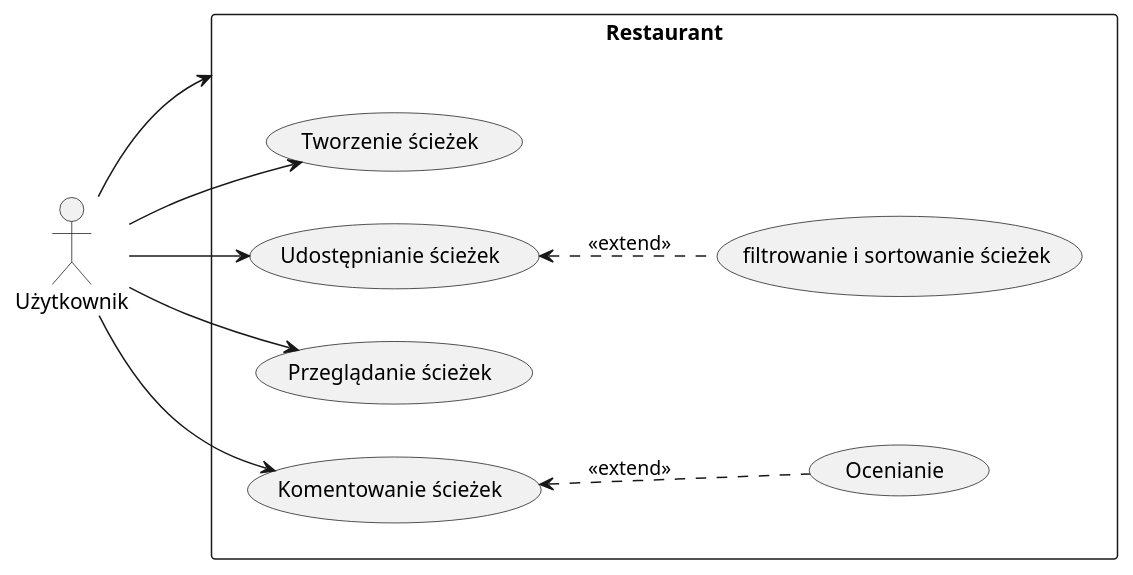
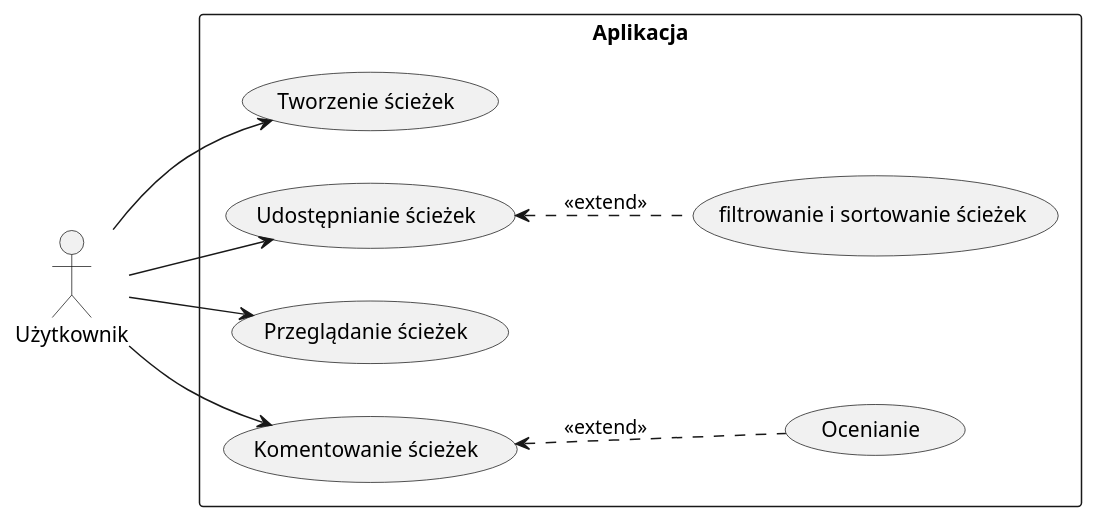
Before and after one commit to heisenshark/health-paths: the diagram in uml-diagrams/user-usecases.puml, drawn with PlantUML. The commit also changed 5 other files, not shown here.

Commit message:
updated uml diagrams

```diff
--- a/uml-diagrams/user-usecases.puml
+++ b/uml-diagrams/user-usecases.puml
@@ -1,22 +1,24 @@
 @startuml
+
+
+title ""
 
 left to right direction
 actor "Użytkownik" as fc
-rectangle Restaurant {
+rectangle Aplikacja {
  usecase "Tworzenie ścieżek" as UC1
  usecase "Udostępnianie ścieżek" as UC2
  usecase "Przeglądanie ścieżek" as UC3
  usecase "Komentowanie ścieżek" as UC4
  usecase "Ocenianie" as UC5
  usecase "filtrowanie i sortowanie ścieżek" as UC6
 }
 left to right direction
 
 fc --> UC1
 fc --> UC2
 fc --> UC3
 fc --> UC4
 UC4 <.. UC5 : <<extend>>
 UC2 <.. UC6 : <<extend>>
-fc --> Restaurant
 @enduml
```
